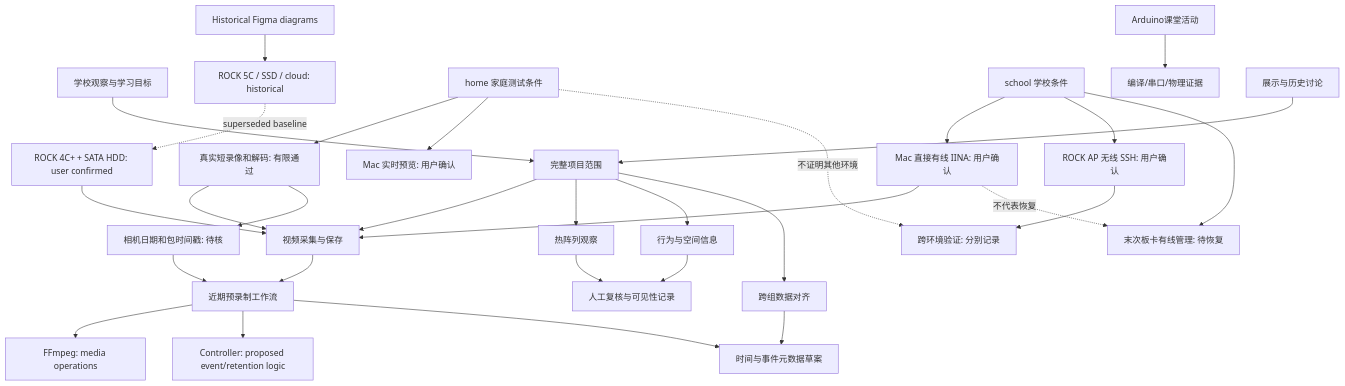
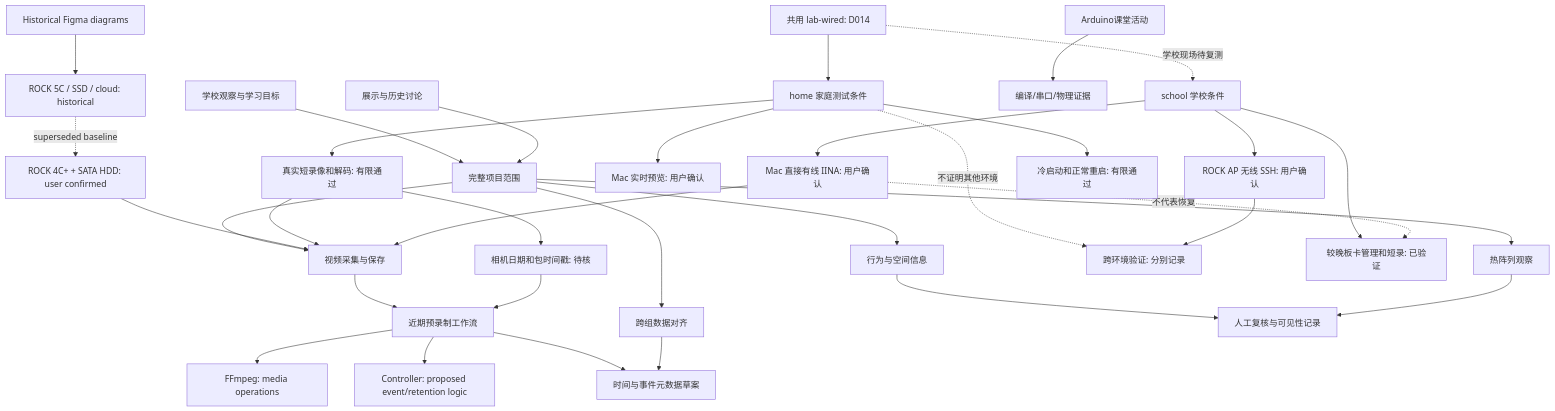
One commit to OrsonJyu/Lab-Studies-in-Systems-Design changed the diagram in knowledge/NETWORK.md. Above: the diagram before and after it, drawn with Mermaid. The commit also changed other lines of this file and 44 other files, not shown here.

````diff
--- a/knowledge/NETWORK.md
+++ b/knowledge/NETWORK.md
@@ -5,32 +5,35 @@
 ```mermaid
 flowchart TD
     G[学校观察与学习目标] --> S[完整项目范围]
     S --> V[视频采集与保存]
     S --> T[热阵列观察]
     S --> B[行为与空间信息]
     S --> X[跨组数据对齐]
     H[ROCK 4C+ + SATA HDD: user confirmed] --> V
     Z[Historical Figma diagrams] --> O
     O[ROCK 5C / SSD / cloud: historical] -. superseded baseline .-> H
     V --> P[近期预录制工作流]
     HOME[home 家庭测试条件] --> REC[真实短录像和解码: 有限通过]
     REC --> V
     HOME --> LIVE[Mac 实时预览: 用户确认]
     REC --> CLOCK[相机日期和包时间戳: 待核]
     CLOCK --> P
     HOME -. 不证明其他环境 .-> MOBILE[跨环境验证: 分别记录]
     SCHOOL[school 学校条件] --> WIRED[Mac 直接有线 IINA: 用户确认]
     SCHOOL --> AP[ROCK AP 无线 SSH: 用户确认]
     AP --> MOBILE
     WIRED --> V
-    SCHOOL --> MGMT[末次板卡有线管理: 待恢复]
+    SCHOOL --> MGMT[较晚板卡管理和短录: 已验证]
+    SHARED[共用 lab-wired: D014] --> HOME
+    SHARED -. 学校现场待复测 .-> SCHOOL
+    HOME --> REBOOT[冷启动和正常重启: 有限通过]
     WIRED -. 不代表恢复 .-> MGMT
     P --> F[FFmpeg: media operations]
     P --> C[Controller: proposed event/retention logic]
     P --> M[时间与事件元数据草案]
     X --> M
     B --> R[人工复核与可见性记录]
     T --> R
     A[Arduino课堂活动] --> E[编译/串口/物理证据]
     D[展示与历史讨论] --> S
 ```
````
